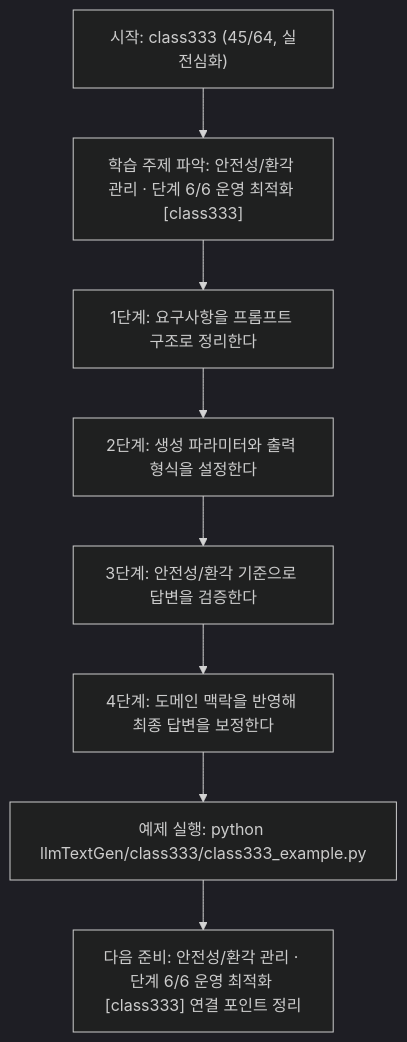
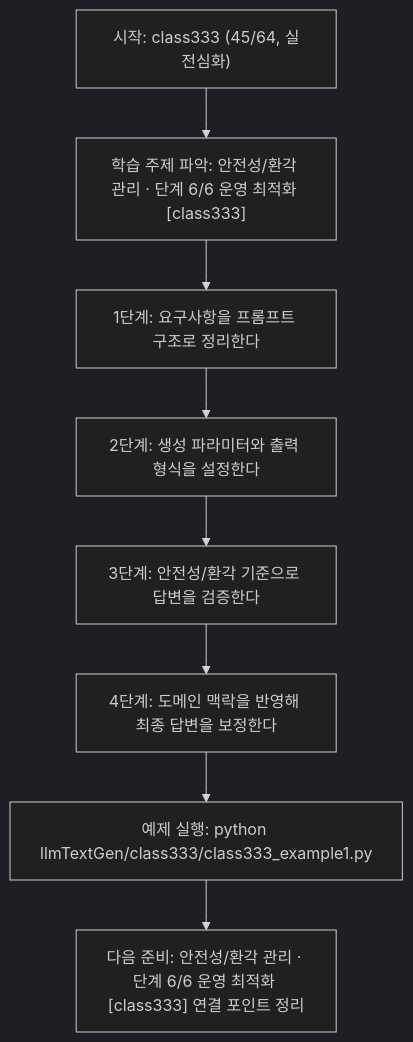
Before and after one commit to edumgt/Python-AI_Agent-Class: the diagram in llmTextGen/class333/class333.md, drawn with Mermaid (dark theme). The commit also changed other lines of this file and 2959 other files, not shown here.

````diff
--- a/llmTextGen/class333/class333.md
+++ b/llmTextGen/class333/class333.md
@@ -114,18 +114,18 @@
 ```mermaid
 flowchart TD
 N1["시작: class333 (45/64, 실전심화)"]
 N2["학습 주제 파악: 안전성/환각 관리 · 단계 6/6 운영 최적화 [class333]"]
 N3["1단계: 요구사항을 프롬프트 구조로 정리한다"]
 N4["2단계: 생성 파라미터와 출력 형식을 설정한다"]
 N5["3단계: 안전성/환각 기준으로 답변을 검증한다"]
 N6["4단계: 도메인 맥락을 반영해 최종 답변을 보정한다"]
-N7["예제 실행: python llmTextGen/class333/class333_example.py"]
+N7["예제 실행: python llmTextGen/class333/class333_example1.py"]
 N8["다음 준비: 안전성/환각 관리 · 단계 6/6 운영 최적화 [class333] 연결 포인트 정리"]
 N1 --> N2
 N2 --> N3
 N3 --> N4
 N4 --> N5
 N5 --> N6
 N6 --> N7
 N7 --> N8
 ```
````
